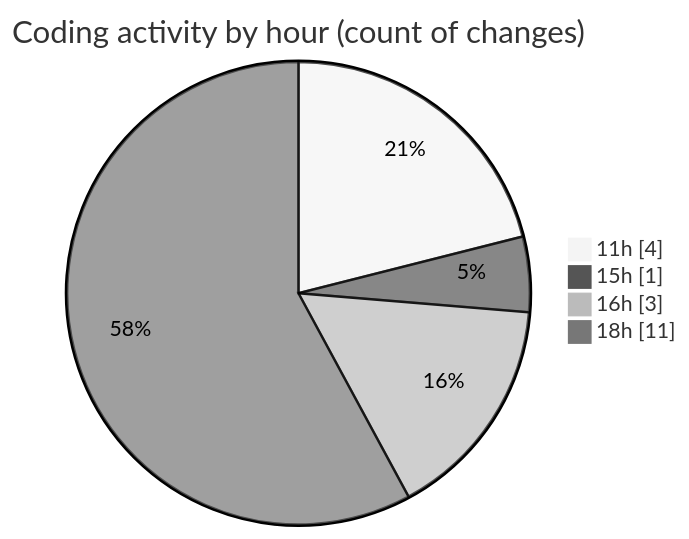
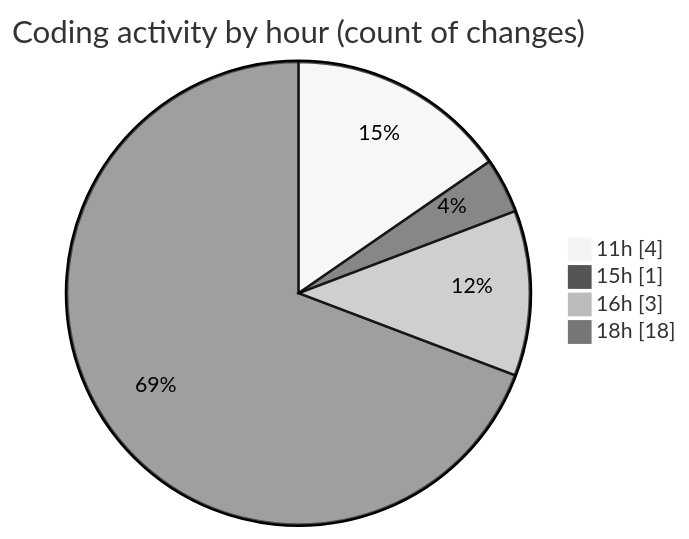
Before and after one commit to nxtqubesakshisongat/code-tracking: the second of 2 diagrams in 2026-06-10/nxtqube_webapp/README.md, drawn with Mermaid (neutral theme). The commit also changed other lines of this file and 1 other file, not shown here.

````diff
--- a/2026-06-10/nxtqube_webapp/README.md
+++ b/2026-06-10/nxtqube_webapp/README.md
@@ -29,8 +29,8 @@
 ```mermaid
 pie showData
 title Coding activity by hour (count of changes)
 "11h" : 4
 "15h" : 1
 "16h" : 3
-"18h" : 11
+"18h" : 18
 ```
````
